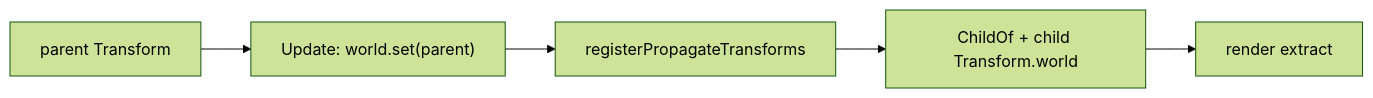
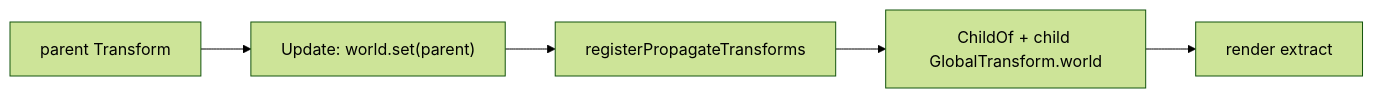
The diagram in packages/engine/apps/hello/transform-hierarchy/README.md (ForgeaX-Games/forgeax-editor), drawn with Mermaid (forest theme) before and after one commit. The commit also changed other lines of this file and 7023 other files, not shown here.

````diff
--- a/packages/engine/apps/hello/transform-hierarchy/README.md
+++ b/packages/engine/apps/hello/transform-hierarchy/README.md
@@ -10,7 +10,7 @@
 ```mermaid
 flowchart LR
     P["parent Transform"] --> S["Update: world.set(parent)"]
     S --> W["registerPropagateTransforms"]
-    W --> C["ChildOf + child Transform.world"]
+    W --> C["ChildOf + child GlobalTransform.world"]
     C --> R["render extract"]
 ```
````
